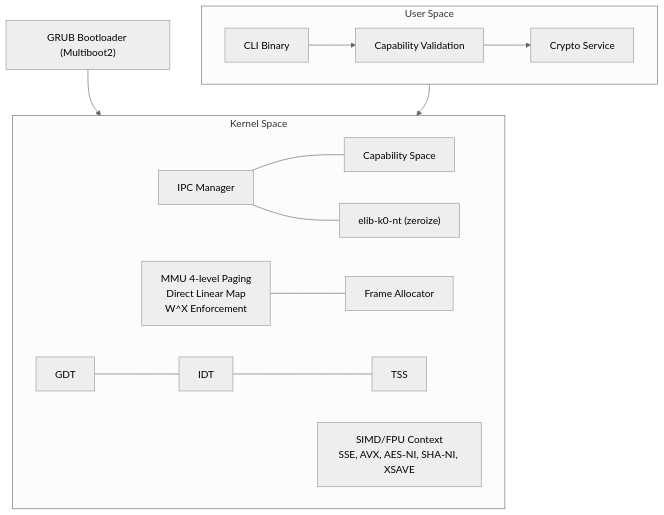
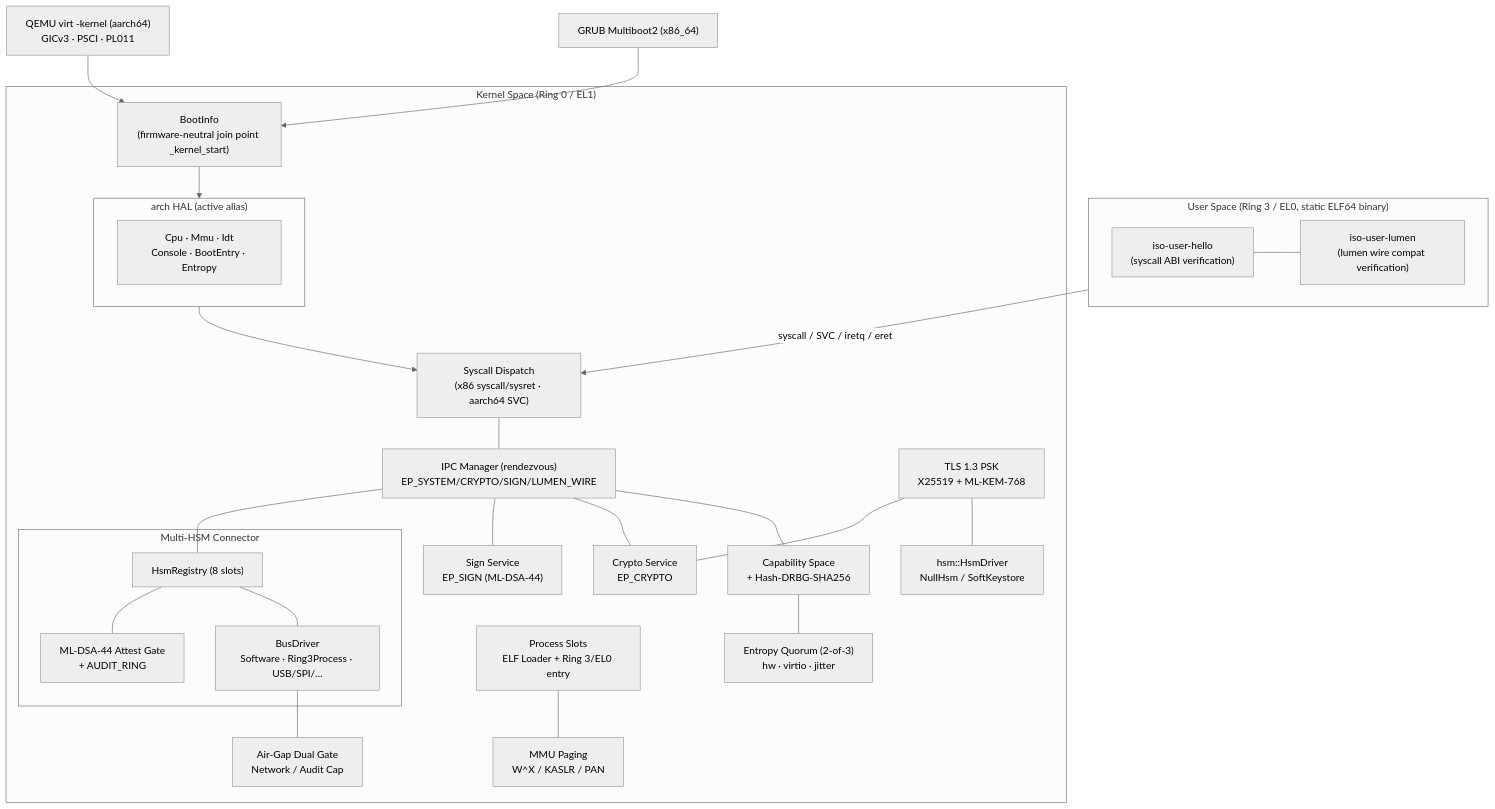
Before and after one commit to Quant-Off/iso-light-k0: the first of 5 diagrams in INTRODUCTION_EN.md, drawn with Mermaid (neutral theme). The commit also changed other lines of this file and 3 other files, not shown here.

Commit message:
README INTRODUCTION 최신화와 영문 번역 재작성 - 멀티 아키텍처 HAL 과 Multi-HSM Connector air-gap 엔트로피 쿼럼 기능 반영 - 모듈 경로 syscall 카탈로그 IPC 엔드포인트 로드맵 실코드 정합 - README_EN INTRODUCTION_EN 최신 원본 기준 전면 영문 번역

````diff
--- a/INTRODUCTION_EN.md
+++ b/INTRODUCTION_EN.md
@@ -18,30 +28,52 @@
 ```mermaid
 flowchart TB
-    GRUB["GRUB Bootloader (Multiboot2)"]
+    GRUB["GRUB Multiboot2 (x86_64)"]
+    VIRT["QEMU virt -kernel (aarch64)<br/>GICv3 · PSCI · PL011"]
 
-    subgraph User["User Space"]
-        CLI["CLI Binary"]
-        CapV["Capability Validation"]
-        Crypto["Crypto Service"]
-        CLI --> CapV --> Crypto
+    subgraph User["User Space (Ring 3 / EL0, static ELF64 binary)"]
+        Hello["iso-user-hello<br/>(syscall ABI verification)"]
+        Lumen["iso-user-lumen<br/>(lumen wire compat verification)"]
+        Hello --- Lumen
     end
 
-    subgraph Kernel["Kernel Space"]
-        IPC["IPC Manager"]
-        CapSpace["Capability Space"]
-        Zeroize["elib-k0-nt (zeroize)"]
-        MMU["MMU 4-level Paging<br/>Direct Linear Map<br/>W^X Enforcement"]
-        SIMD["SIMD/FPU Context<br/>SSE, AVX, AES-NI, SHA-NI, XSAVE"]
-        GDT["GDT"]
-        IDT["IDT"]
-        TSS["TSS"]
-        Alloc["Frame Allocator"]
-        IPC --- CapSpace
-        IPC --- Zeroize
-        MMU --- Alloc
-        GDT --- IDT --- TSS
+    subgraph Kernel["Kernel Space (Ring 0 / EL1)"]
+        Boot["BootInfo<br/>(firmware-neutral join point _kernel_start)"]
+        subgraph HAL["arch HAL (active alias)"]
+            HALt["Cpu · Mmu · Idt<br/>Console · BootEntry · Entropy"]
+        end
+        Syscall["Syscall Dispatch<br/>(x86 syscall/sysret · aarch64 SVC)"]
+        IPC["IPC Manager (rendezvous)<br/>EP_SYSTEM/CRYPTO/SIGN/LUMEN_WIRE"]
+        Cap["Capability Space<br/>+ Hash-DRBG-SHA256"]
+        Crypto["Crypto Service<br/>EP_CRYPTO"]
+        Sign["Sign Service<br/>EP_SIGN (ML-DSA-44)"]
+        TLS["TLS 1.3 PSK<br/>X25519 + ML-KEM-768"]
+        subgraph HSM["Multi-HSM Connector"]
+            Reg["HsmRegistry (8 slots)"]
+            Bus["BusDriver<br/>Software · Ring3Process · USB/SPI/…"]
+            Attest["ML-DSA-44 Attest Gate<br/>+ AUDIT_RING"]
+        end
+        PSK["hsm::HsmDriver<br/>NullHsm / SoftKeystore"]
+        Gap["Air-Gap Dual Gate<br/>Network / Audit Cap"]
+        Entropy["Entropy Quorum (2-of-3)<br/>hw · virtio · jitter"]
+        MMU["MMU Paging<br/>W^X / KASLR / PAN"]
+        Proc["Process Slots<br/>ELF Loader + Ring 3/EL0 entry"]
     end
 
-    GRUB --> Kernel
-    User --> Kernel
+    GRUB --> Boot
+    VIRT --> Boot
+    Boot --> HAL
+    HAL --> Syscall
+    Syscall --- IPC
+    IPC --- Cap
+    IPC --- Crypto
+    IPC --- Sign
+    IPC --- Reg
+    Reg --- Bus
+    Reg --- Attest
+    Bus --- Gap
+    Cap --- Entropy
+    TLS --- PSK
+    TLS --- Crypto
+    Proc --- MMU
+    User -- "syscall / SVC / iretq / eret" --> Syscall
 ```
````
